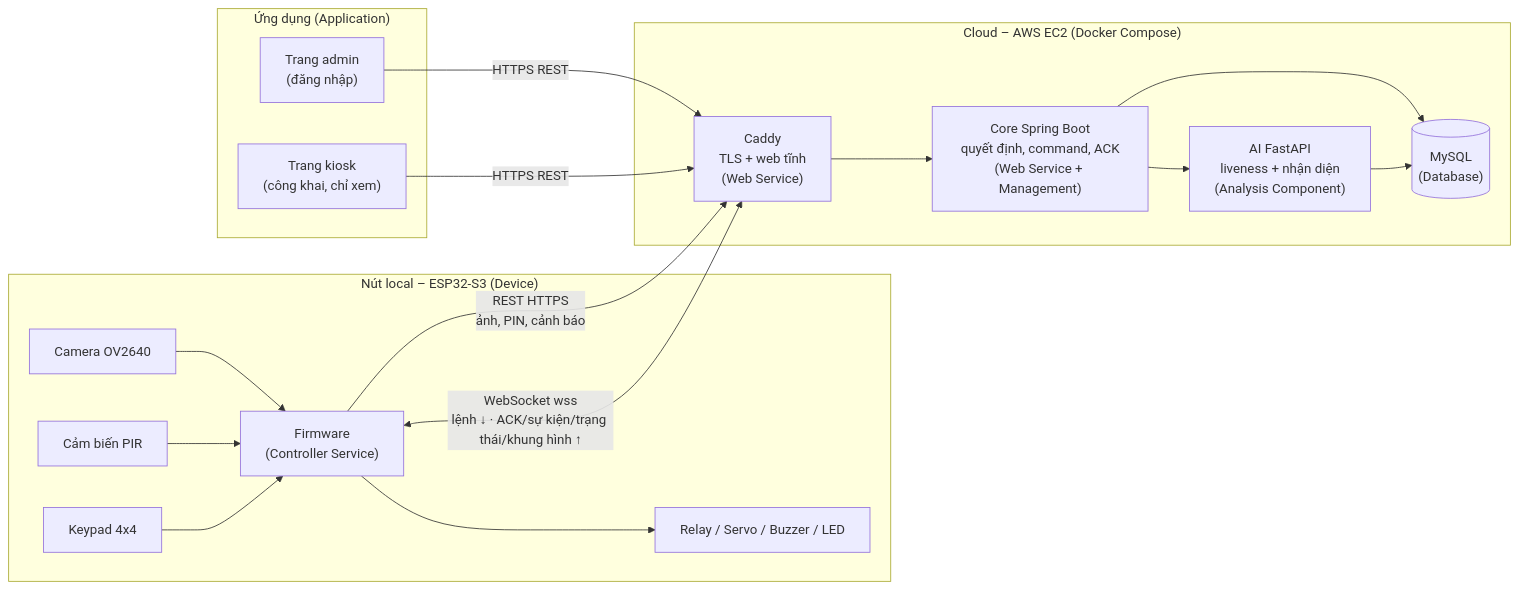
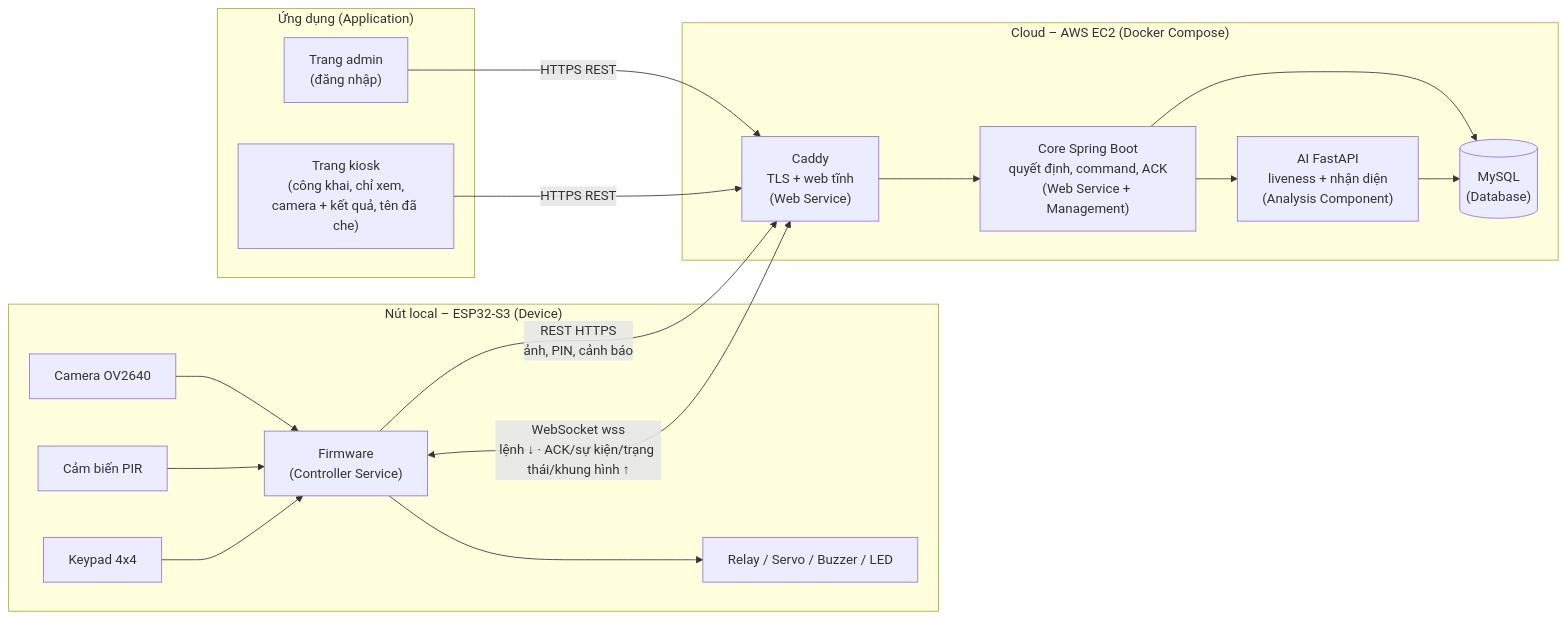
Before and after one commit to meanihoccode/IoT-Smart-Door-Lock-with-Facial-Anti-Spoofing: the first of 16 diagrams in docs/ARCHITECTURE_DIAGRAMS.md, drawn with Mermaid. The commit also changed other lines of this file, not shown here.

First line of the commit message:
docs: cập nhật sơ đồ kiến trúc theo kiosk mới (KioskFeed, tên đã che)

````diff
--- a/docs/ARCHITECTURE_DIAGRAMS.md
+++ b/docs/ARCHITECTURE_DIAGRAMS.md
@@ -28,35 +30,35 @@
 ```mermaid
 flowchart LR
     subgraph NODE["Nút local – ESP32-S3 (Device)"]
         CAM["Camera OV2640"]
         PIR["Cảm biến PIR"]
         KEY["Keypad 4x4"]
         ACT["Relay / Servo / Buzzer / LED"]
         FW["Firmware<br/>(Controller Service)"]
         CAM --> FW
         PIR --> FW
         KEY --> FW
         FW --> ACT
     end
 
     subgraph CLOUD["Cloud – AWS EC2 (Docker Compose)"]
         WEB["Caddy<br/>TLS + web tĩnh<br/>(Web Service)"]
         CORE["Core Spring Boot<br/>quyết định, command, ACK<br/>(Web Service + Management)"]
         AI["AI FastAPI<br/>liveness + nhận diện<br/>(Analysis Component)"]
         DB[("MySQL<br/>(Database)")]
         WEB --> CORE
         CORE --> AI
         CORE --> DB
         AI --> DB
     end
 
     subgraph APP["Ứng dụng (Application)"]
         ADMIN["Trang admin<br/>(đăng nhập)"]
-        KIOSK["Trang kiosk<br/>(công khai, chỉ xem)"]
+        KIOSK["Trang kiosk<br/>(công khai, chỉ xem,<br/>camera + kết quả, tên đã che)"]
     end
 
     FW -- "REST HTTPS<br/>ảnh, PIN, cảnh báo" --> WEB
     FW <-- "WebSocket wss<br/>lệnh ↓ · ACK/sự kiện/trạng thái/khung hình ↑" --> WEB
     ADMIN -- "HTTPS REST" --> WEB
     KIOSK -- "HTTPS REST" --> WEB
 ```
````
